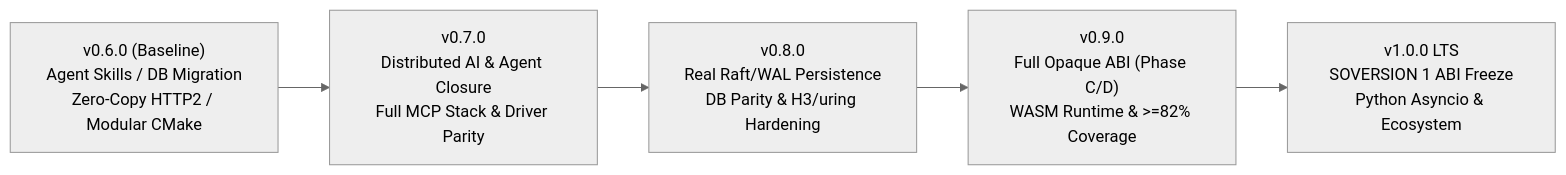
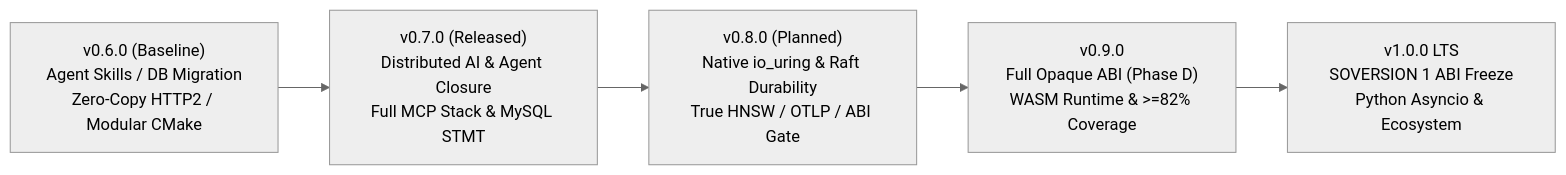
The diagram in docs/en/meta/ROADMAP.md (quintin-lee/csilk), drawn with Mermaid (neutral theme) before and after one commit. The commit also changed other lines of this file and 1 other file, not shown here.

Commit message:
docs(roadmap): 📝 sync v0.7.0 baseline and add v0.8.0 roadmap

````diff
--- a/docs/en/meta/ROADMAP.md
+++ b/docs/en/meta/ROADMAP.md
@@ -30,7 +28,7 @@
 ```mermaid
 flowchart LR
-    V06["v0.6.0 (Baseline)<br/>Agent Skills / DB Migration<br/>Zero-Copy HTTP2 / Modular CMake"] --> V07["v0.7.0<br/>Distributed AI & Agent Closure<br/>Full MCP Stack & Driver Parity"]
-    V07 --> V08["v0.8.0<br/>Real Raft/WAL Persistence<br/>DB Parity & H3/uring Hardening"]
-    V08 --> V09["v0.9.0<br/>Full Opaque ABI (Phase C/D)<br/>WASM Runtime & >=82% Coverage"]
+    V06["v0.6.0 (Baseline)<br/>Agent Skills / DB Migration<br/>Zero-Copy HTTP2 / Modular CMake"] --> V07["v0.7.0 (Released)<br/>Distributed AI & Agent Closure<br/>Full MCP Stack & MySQL STMT"]
+    V07 --> V08["v0.8.0 (Planned)<br/>Native io_uring & Raft Durability<br/>True HNSW / OTLP / ABI Gate"]
+    V08 --> V09["v0.9.0<br/>Full Opaque ABI (Phase D)<br/>WASM Runtime & >=82% Coverage"]
     V09 --> V10["v1.0.0 LTS<br/>SOVERSION 1 ABI Freeze<br/>Python Asyncio & Ecosystem"]
 ```
````
